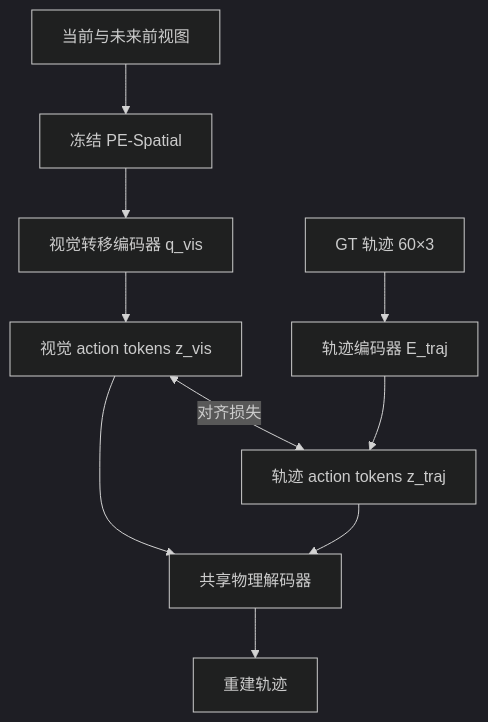
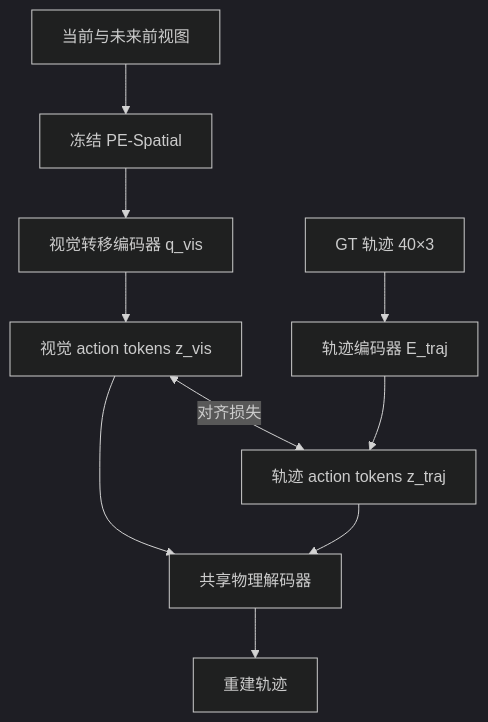
One commit to AlanLiangC/ITAE changed the first of 2 diagrams in docs/VISION_ACTION_TOKENIZER_CODE_PLAN.md. Above: the diagram before and after it, drawn with Mermaid (dark theme). The commit also changed other lines of this file and 43 other files, not shown here.

````diff
--- a/docs/VISION_ACTION_TOKENIZER_CODE_PLAN.md
+++ b/docs/VISION_ACTION_TOKENIZER_CODE_PLAN.md
@@ -76,12 +70,12 @@
 ```mermaid
 flowchart TD
     V["当前与未来前视图"] --> PE["冻结 PE-Spatial"]
     PE --> EV["视觉转移编码器 q_vis"]
-    A["GT 轨迹 60×3"] --> EA["轨迹编码器 E_traj"]
+    A["GT 轨迹 40×3"] --> EA["轨迹编码器 E_traj"]
     EV --> ZV["视觉 action tokens z_vis"]
     EA --> ZA["轨迹 action tokens z_traj"]
     ZV <-->|"对齐损失"| ZA
     ZV --> D["共享物理解码器"]
     ZA --> D
     D --> AH["重建轨迹"]
 ```
````
